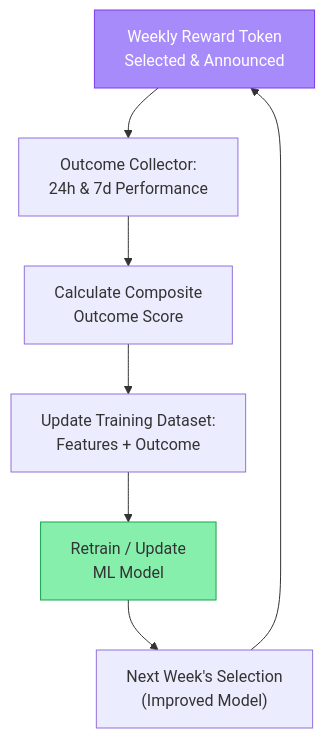
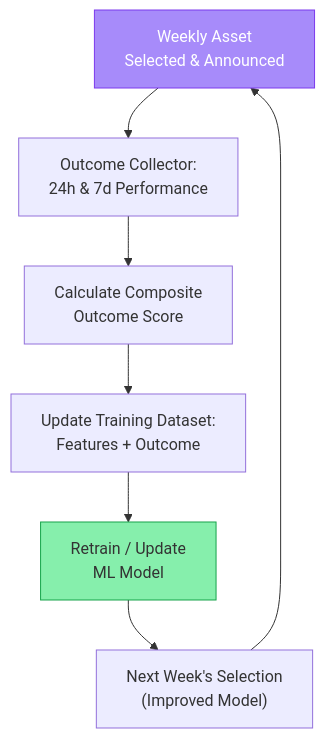
One commit to Miko-Protocol/docs changed the sixth of 6 diagrams in docs/technical-architecture/ai-architecture.md. Above: the diagram before and after it, drawn with Mermaid. The commit also changed other lines of this file and 17 other files, not shown here.

````diff
--- a/docs/technical-architecture/ai-architecture.md
+++ b/docs/technical-architecture/ai-architecture.md
@@ -323,11 +323,11 @@
 ```mermaid
 graph TD
-    A["Weekly Reward Token<br/>Selected & Announced"] --> B["Outcome Collector:<br/>24h & 7d Performance"]
+    A["Weekly Asset<br/>Selected & Announced"] --> B["Outcome Collector:<br/>24h & 7d Performance"]
     B --> C["Calculate Composite<br/>Outcome Score"]
     C --> D["Update Training Dataset:<br/>Features + Outcome"]
     D --> E["Retrain / Update<br/>ML Model"]
     E --> F["Next Week's Selection<br/>(Improved Model)"]
     F --> A
     style A fill:#a78bfa,stroke:#7c3aed,color:#fff
     style E fill:#86efac,stroke:#16a34a
 ```
````
